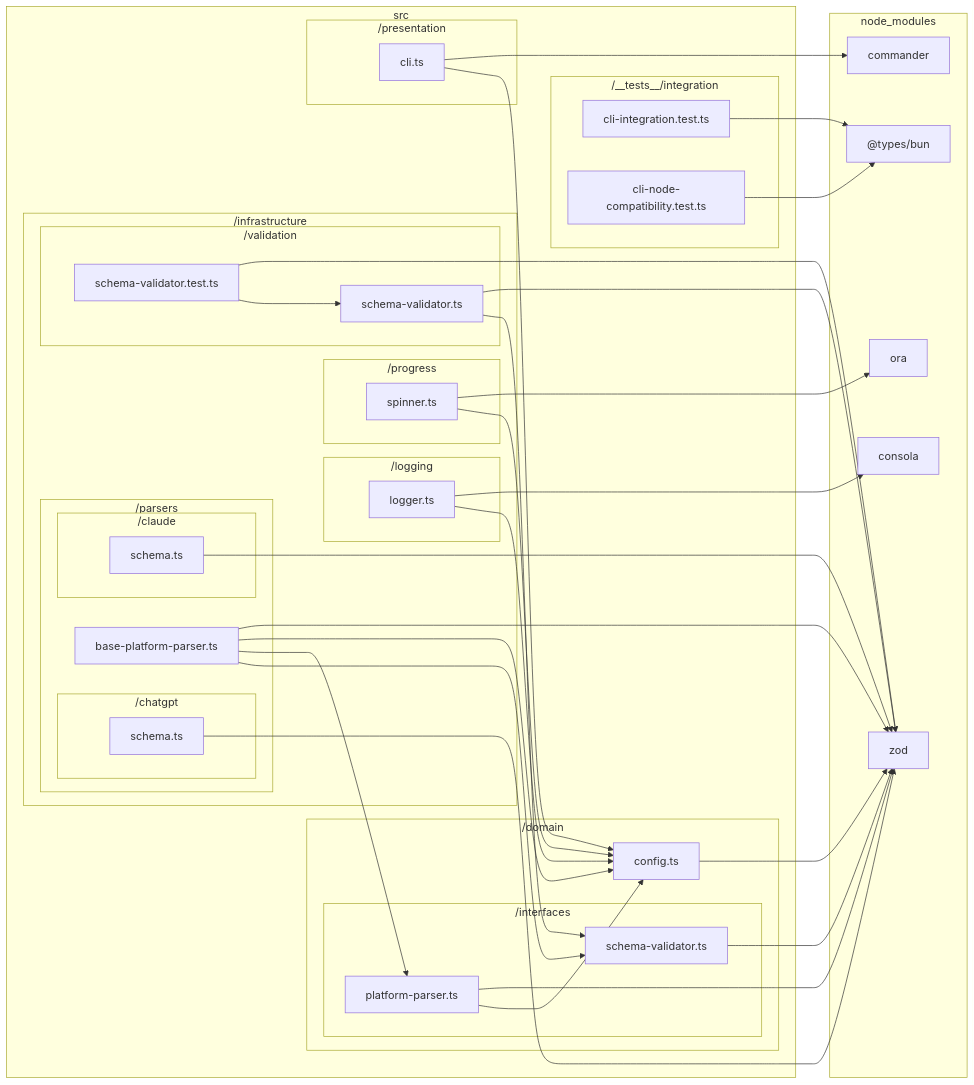
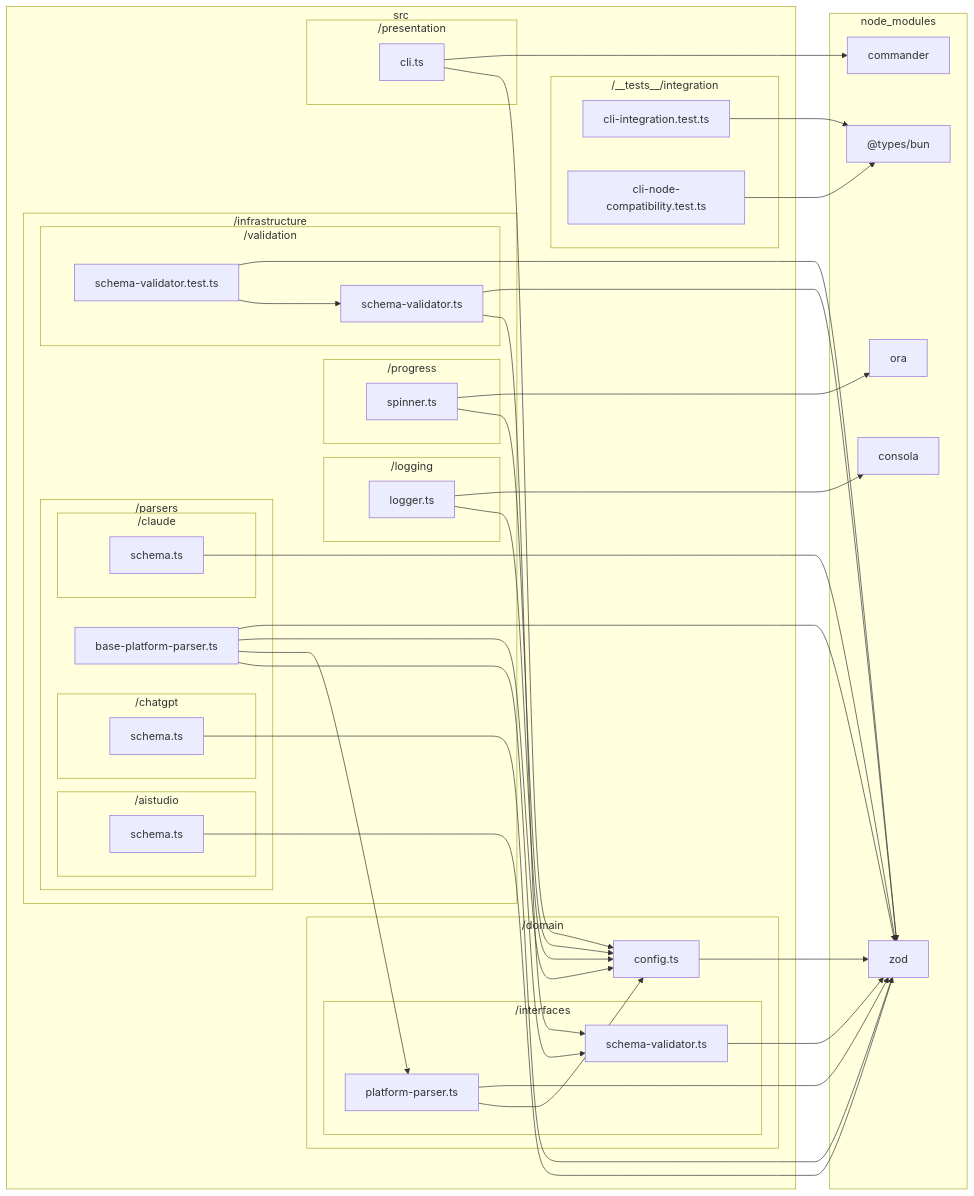
One commit to sugurutakahashi-1234/ai-chat-md-export changed the diagram in docs/reports/dependencies/external.md. Above: the diagram before and after it, drawn with Mermaid. The commit also changed 22 other files, not shown here.

````diff
--- a/docs/reports/dependencies/external.md
+++ b/docs/reports/dependencies/external.md
@@ -7,69 +7,73 @@
 ```mermaid
 flowchart LR
     subgraph node//modules["node_modules"]
         node//modules///types/bun/index.d.ts["@types/bun"]
         node//modules/zod/index.d.cts["zod"]
         node//modules/consola/dist/index.d.cts["consola"]
         node//modules/ora/index.d.ts["ora"]
         node//modules/commander/typings/index.d.ts["commander"]
     end
     subgraph src["src"]
         subgraph src/////tests/////integration["/__tests__/integration"]
             src/////tests/////integration/cli//integration.test.ts["cli-integration.test.ts"]
             src/////tests/////integration/cli//node//compatibility.test.ts["cli-node-compatibility.test.ts"]
         end
         subgraph src/domain["/domain"]
             src/domain/config.ts["config.ts"]
             subgraph src/domain/interfaces["/interfaces"]
                 src/domain/interfaces/platform//parser.ts["platform-parser.ts"]
                 src/domain/interfaces/schema//validator.ts["schema-validator.ts"]
             end
         end
         subgraph src/infrastructure["/infrastructure"]
             subgraph src/infrastructure/logging["/logging"]
                 src/infrastructure/logging/logger.ts["logger.ts"]
             end
             subgraph src/infrastructure/parsers["/parsers"]
                 src/infrastructure/parsers/base//platform//parser.ts["base-platform-parser.ts"]
+                subgraph src/infrastructure/parsers/aistudio["/aistudio"]
+                    src/infrastructure/parsers/aistudio/schema.ts["schema.ts"]
+                end
                 subgraph src/infrastructure/parsers/chatgpt["/chatgpt"]
                     src/infrastructure/parsers/chatgpt/schema.ts["schema.ts"]
                 end
                 subgraph src/infrastructure/parsers/claude["/claude"]
                     src/infrastructure/parsers/claude/schema.ts["schema.ts"]
                 end
             end
             subgraph src/infrastructure/progress["/progress"]
                 src/infrastructure/progress/spinner.ts["spinner.ts"]
             end
             subgraph src/infrastructure/validation["/validation"]
                 src/infrastructure/validation/schema//validator.ts["schema-validator.ts"]
                 src/infrastructure/validation/schema//validator.test.ts["schema-validator.test.ts"]
             end
         end
         subgraph src/presentation["/presentation"]
             src/presentation/cli.ts["cli.ts"]
         end
     end
     src/////tests/////integration/cli//integration.test.ts-->node//modules///types/bun/index.d.ts
     src/////tests/////integration/cli//node//compatibility.test.ts-->node//modules///types/bun/index.d.ts
     src/domain/config.ts-->node//modules/zod/index.d.cts
     src/domain/interfaces/platform//parser.ts-->node//modules/zod/index.d.cts
     src/domain/interfaces/schema//validator.ts-->node//modules/zod/index.d.cts
     src/infrastructure/logging/logger.ts-->node//modules/consola/dist/index.d.cts
     src/infrastructure/parsers/base//platform//parser.ts-->node//modules/zod/index.d.cts
     src/infrastructure/progress/spinner.ts-->node//modules/ora/index.d.ts
     src/infrastructure/validation/schema//validator.ts-->node//modules/zod/index.d.cts
+    src/infrastructure/parsers/aistudio/schema.ts-->node//modules/zod/index.d.cts
     src/infrastructure/parsers/chatgpt/schema.ts-->node//modules/zod/index.d.cts
     src/infrastructure/parsers/claude/schema.ts-->node//modules/zod/index.d.cts
     src/infrastructure/validation/schema//validator.test.ts-->node//modules/zod/index.d.cts
     src/presentation/cli.ts-->node//modules/commander/typings/index.d.ts
     src/domain/interfaces/platform//parser.ts-->src/domain/config.ts
     src/infrastructure/logging/logger.ts-->src/domain/config.ts
     src/infrastructure/parsers/base//platform//parser.ts-->src/domain/config.ts
     src/infrastructure/parsers/base//platform//parser.ts-->src/domain/interfaces/platform//parser.ts
     src/infrastructure/parsers/base//platform//parser.ts-->src/domain/interfaces/schema//validator.ts
     src/infrastructure/progress/spinner.ts-->src/domain/config.ts
     src/infrastructure/validation/schema//validator.ts-->src/domain/interfaces/schema//validator.ts
     src/infrastructure/validation/schema//validator.test.ts-->src/infrastructure/validation/schema//validator.ts
     src/presentation/cli.ts-->src/domain/config.ts
 ```
````
